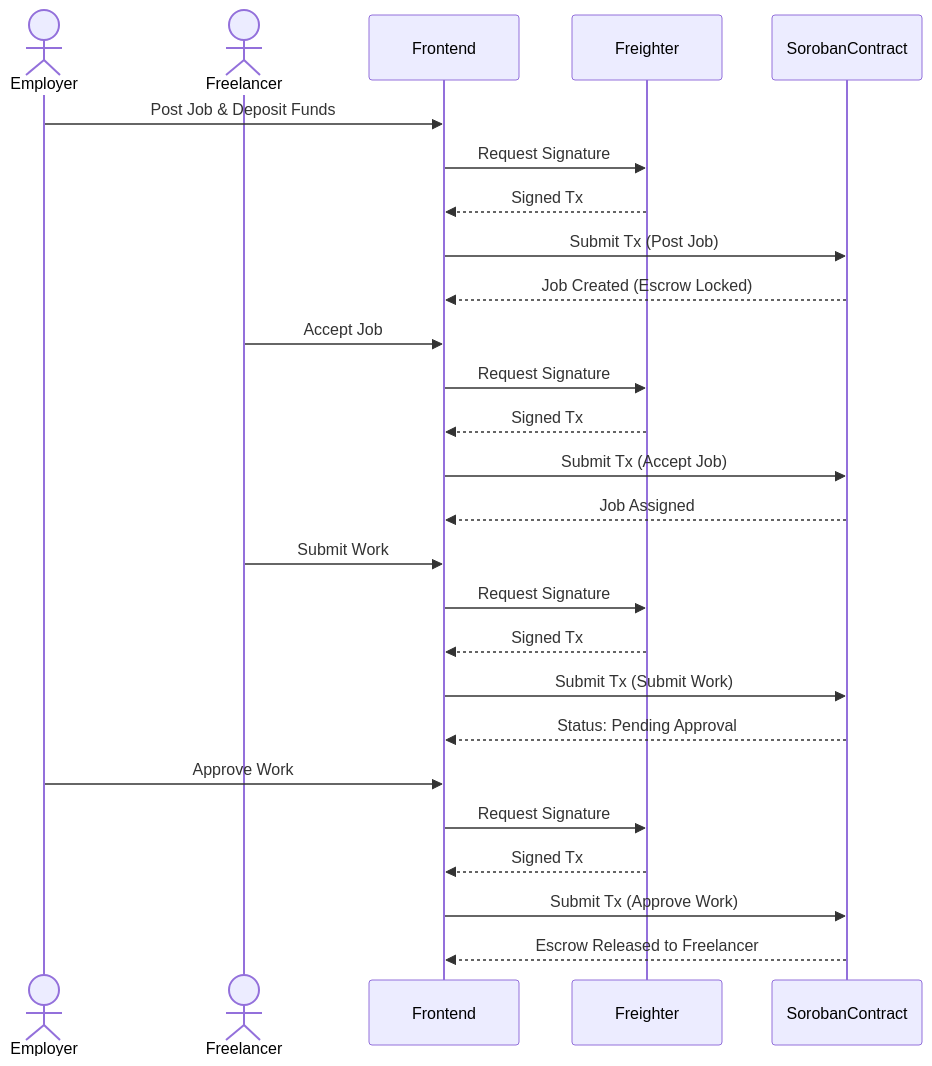
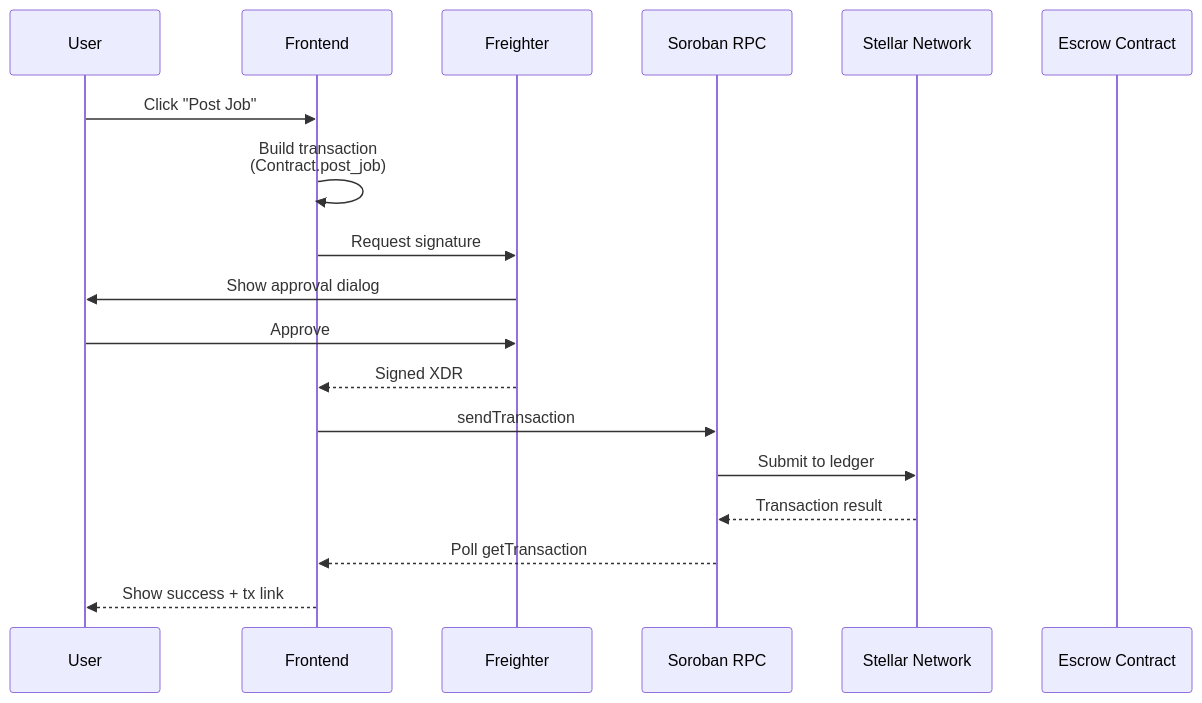
One commit to anumukul/Stellar-work- changed the third of 8 diagrams in docs/ARCHITECTURE.md. Above: the diagram before and after it, drawn with Mermaid. The commit also changed other lines of this file and 51 other files, not shown here.

First line of the commit message:
feat: architecture docs, prometheus metrics, job views, completion certificates

````diff
--- a/docs/ARCHITECTURE.md
+++ b/docs/ARCHITECTURE.md
@@ -39,32 +168,21 @@
 ```mermaid
 sequenceDiagram
-    actor Employer
-    actor Freelancer
+    participant User
     participant Frontend
     participant Freighter
-    participant SorobanContract
+    participant RPC as Soroban RPC
+    participant Network as Stellar Network
+    participant Contract as Escrow Contract
 
-    Employer->>Frontend: Post Job & Deposit Funds
-    Frontend->>Freighter: Request Signature
-    Freighter-->>Frontend: Signed Tx
-    Frontend->>SorobanContract: Submit Tx (Post Job)
-    SorobanContract-->>Frontend: Job Created (Escrow Locked)
-    
-    Freelancer->>Frontend: Accept Job
-    Frontend->>Freighter: Request Signature
-    Freighter-->>Frontend: Signed Tx
-    Frontend->>SorobanContract: Submit Tx (Accept Job)
-    SorobanContract-->>Frontend: Job Assigned
-    
-    Freelancer->>Frontend: Submit Work
-    Frontend->>Freighter: Request Signature
-    Freighter-->>Frontend: Signed Tx
-    Frontend->>SorobanContract: Submit Tx (Submit Work)
-    SorobanContract-->>Frontend: Status: Pending Approval
-
-    Employer->>Frontend: Approve Work
-    Frontend->>Freighter: Request Signature
-    Freighter-->>Frontend: Signed Tx
-    Frontend->>SorobanContract: Submit Tx (Approve Work)
-    SorobanContract-->>Frontend: Escrow Released to Freelancer
+    User->>Frontend: Click "Post Job"
+    Frontend->>Frontend: Build transaction<br/>(Contract.post_job)
+    Frontend->>Freighter: Request signature
+    Freighter->>User: Show approval dialog
+    User->>Freighter: Approve
+    Freighter-->>Frontend: Signed XDR
+    Frontend->>RPC: sendTransaction
+    RPC->>Network: Submit to ledger
+    Network-->>RPC: Transaction result
+    RPC-->>Frontend: Poll getTransaction
+    Frontend-->>User: Show success + tx link
 ```
````
